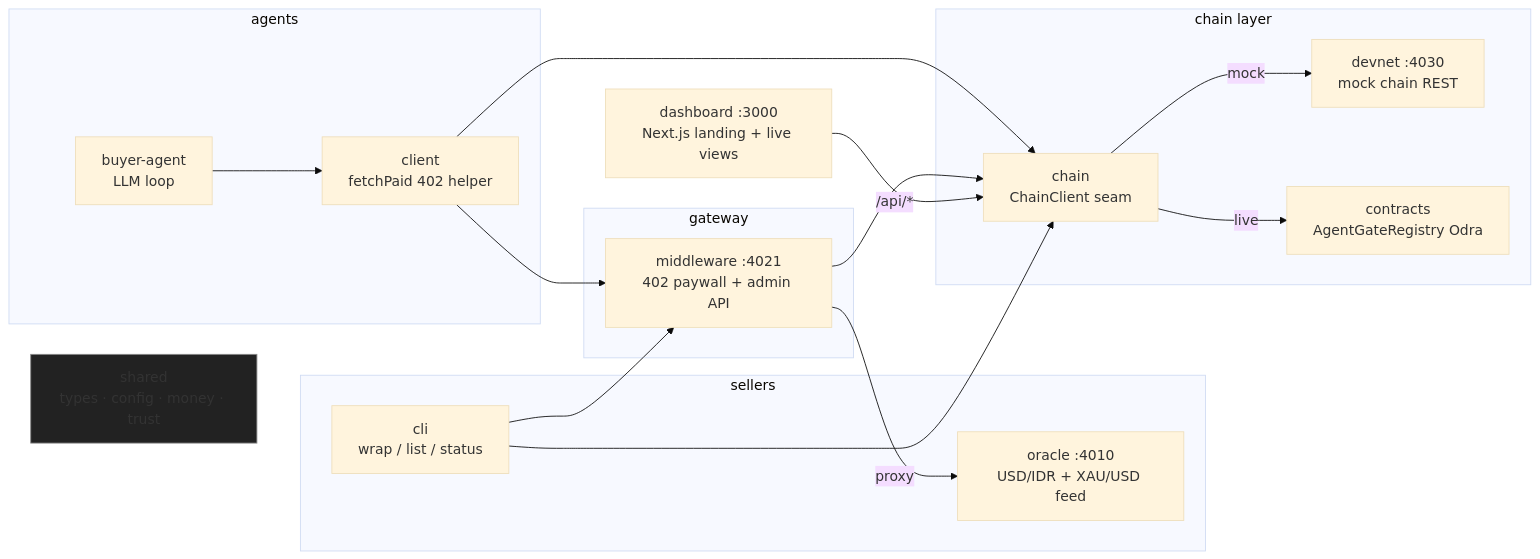
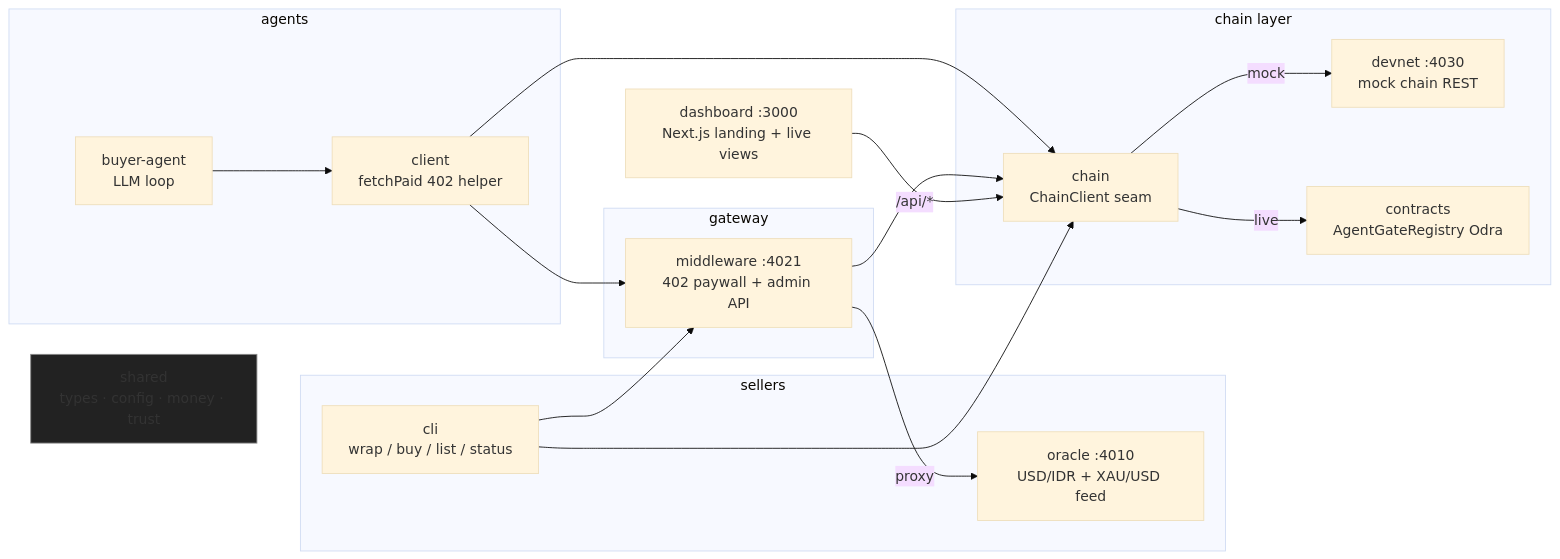
The second of 2 diagrams in docs/ARCHITECTURE.md (mdlog/AgentGate), drawn with Mermaid (base theme) before and after one commit. The commit also changed 8 other files, not shown here.

````diff
--- a/docs/ARCHITECTURE.md
+++ b/docs/ARCHITECTURE.md
@@ -42,30 +42,30 @@
 ```mermaid
 graph LR
     subgraph agents
         BA[buyer-agent<br/>LLM loop] --> CL[client<br/>fetchPaid 402 helper]
     end
     subgraph gateway
         MW[middleware :4021<br/>402 paywall + admin API]
     end
     subgraph sellers
-        CLI[cli<br/>wrap / list / status] --> MW
+        CLI[cli<br/>wrap / buy / list / status] --> MW
         OR[oracle :4010<br/>USD/IDR + XAU/USD feed]
     end
     subgraph chain layer
         CH[chain<br/>ChainClient seam]
         DV[devnet :4030<br/>mock chain REST]
         CT[contracts<br/>AgentGateRegistry Odra]
     end
     DASH[dashboard :3000<br/>Next.js landing + live views]
 
     CL --> MW
     MW -->|proxy| OR
     CL --> CH
     CLI --> CH
     MW --> CH
     DASH -->|/api/*| CH
     CH -->|mock| DV
     CH -->|live| CT
     SH[shared<br/>types · config · money · trust]:::shared
     classDef shared fill:#222,stroke:#888;
 ```
````
